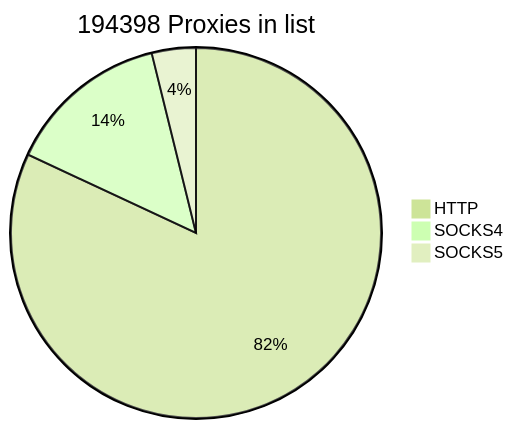
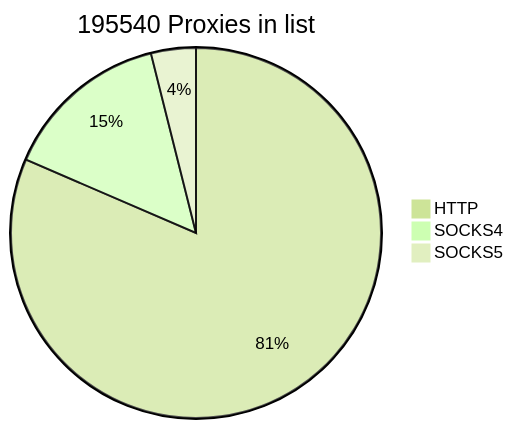
The first of 2 diagrams in README.md (cutipu/proxylist), drawn with Mermaid (forest theme) before and after one commit. The commit also changed other lines of this file, not shown here.

````diff
--- a/README.md
+++ b/README.md
@@ -2,7 +2,7 @@
 ```mermaid
-pie title 194398 Proxies in list
-    "HTTP" : 159309
-    "SOCKS4" : 27617
-    "SOCKS5" : 7472
+pie title 195540 Proxies in list
+    "HTTP" : 159337
+    "SOCKS4" : 28546
+    "SOCKS5" : 7657
             
 ```
````
